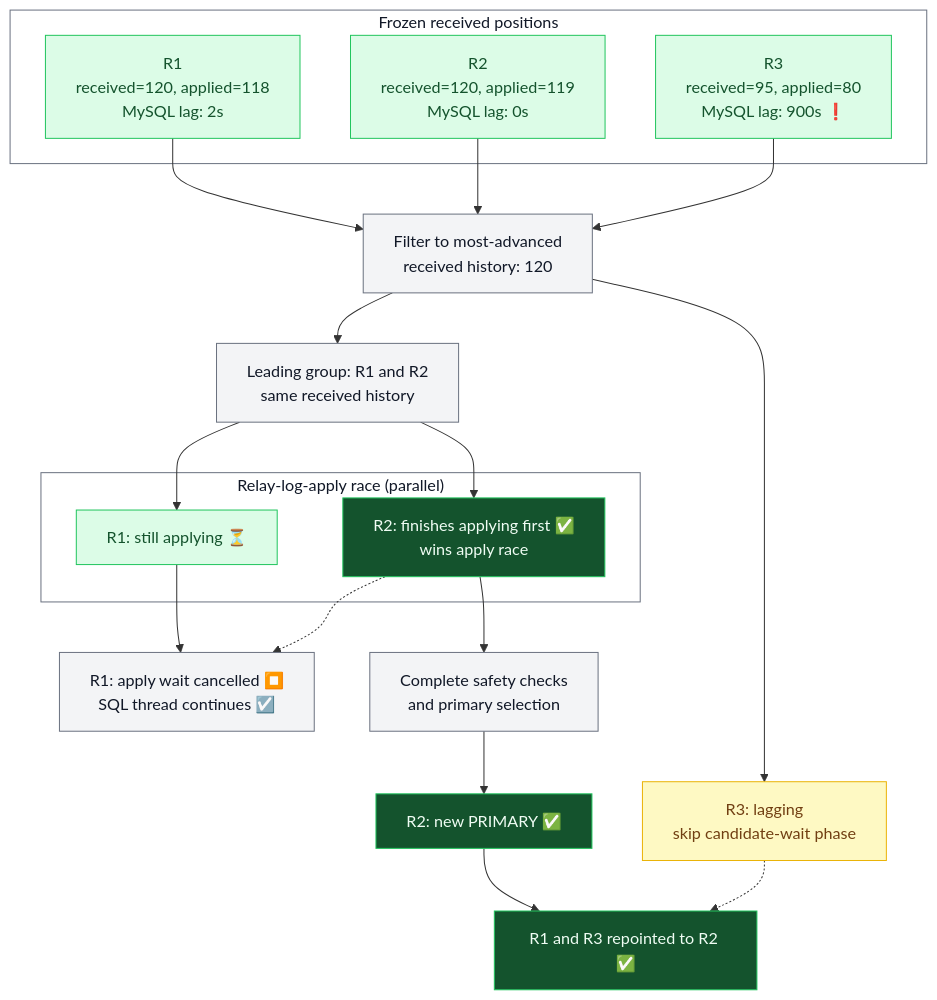
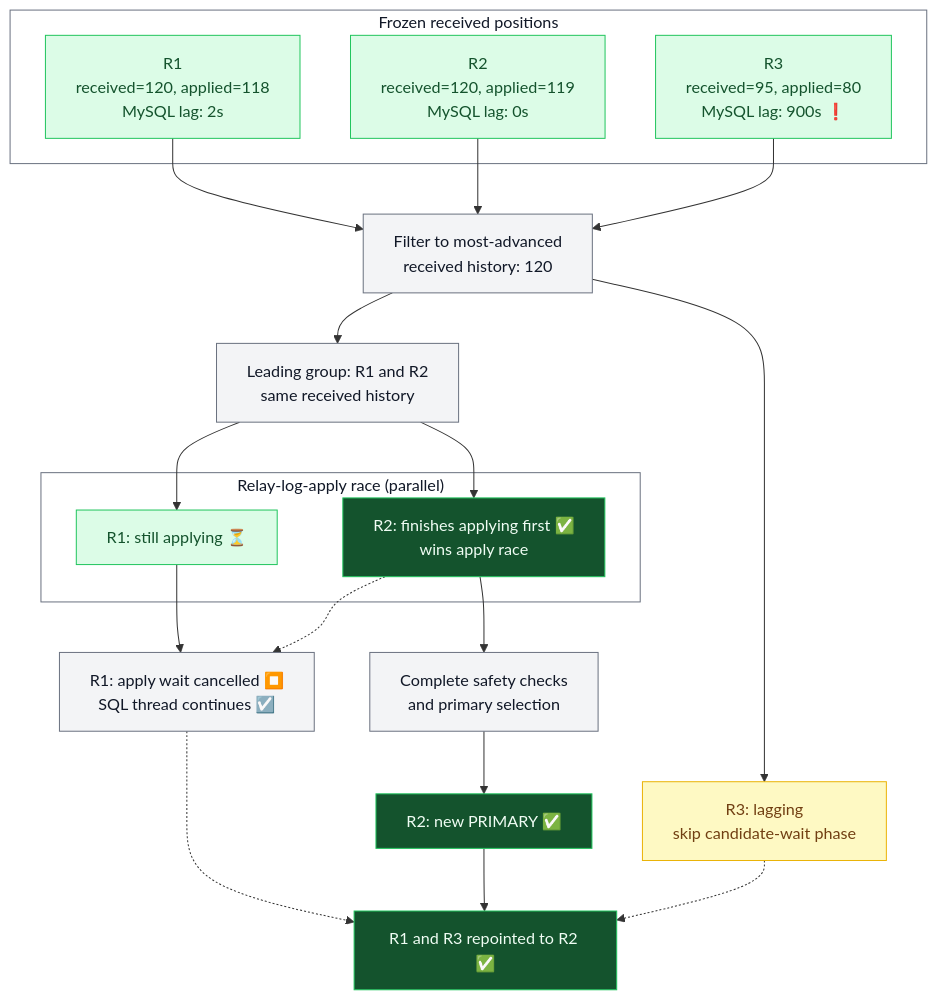
Before and after one commit to vitessio/website: the third of 3 diagrams in content/en/blog/2026-09-24-hardening-emergency-reparent-shard.md, drawn with Mermaid.

Commit message:
Connect cancelled wait to reparent flow

````diff
--- a/content/en/blog/2026-09-24-hardening-emergency-reparent-shard.md
+++ b/content/en/blog/2026-09-24-hardening-emergency-reparent-shard.md
@@ -102,38 +102,39 @@
 ```mermaid
 graph TD
     subgraph Positions["Frozen received positions"]
         R1["R1<br/>received=120, applied=118<br/>MySQL lag: 2s"]
         R2["R2<br/>received=120, applied=119<br/>MySQL lag: 0s"]
         R3["R3<br/>received=95, applied=80<br/>MySQL lag: 900s ❗"]
     end
 
     R1 --> Filter["Filter to most-advanced<br/>received history: 120"]
     R2 --> Filter
     R3 --> Filter
     Filter --> Leading["Leading group: R1 and R2<br/>same received history"]
     Filter --> Skipped["R3: lagging<br/>skip candidate-wait phase"]
 
     Leading --> ApplyR1
     Leading --> ApplyR2
     subgraph Race["Relay-log-apply race (parallel)"]
         ApplyR1["R1: still applying ⏳"]
         ApplyR2["R2: finishes applying first ✅<br/>wins apply race"]
     end
 
     ApplyR1 --> Cancelled["R1: apply wait cancelled ⏹️<br/>SQL thread continues ☑️"]
     ApplyR2 -.-> Cancelled
     ApplyR2 --> Checks["Complete safety checks<br/>and primary selection"]
     Checks --> Primary["R2: new PRIMARY ✅"]
     Primary --> Repoint["R1 and R3 repointed to R2 ✅"]
+    Cancelled -.-> Repoint
     Skipped -.-> Repoint
 
     classDef default fill:#f3f4f6,stroke:#6b7280,color:#111827
     classDef healthy fill:#dcfce7,stroke:#22c55e,color:#14532d
     classDef warning fill:#fef9c3,stroke:#eab308,color:#713f12
     classDef completed fill:#14532d,stroke:#22c55e,color:#f0fdf4
     class R1,R2,R3,ApplyR1 healthy
     class Skipped warning
     class ApplyR2,Primary,Repoint completed
     style Positions fill:#ffffff,stroke:#6b7280,color:#111827
     style Race fill:#ffffff,stroke:#6b7280,color:#111827
 ```
````
